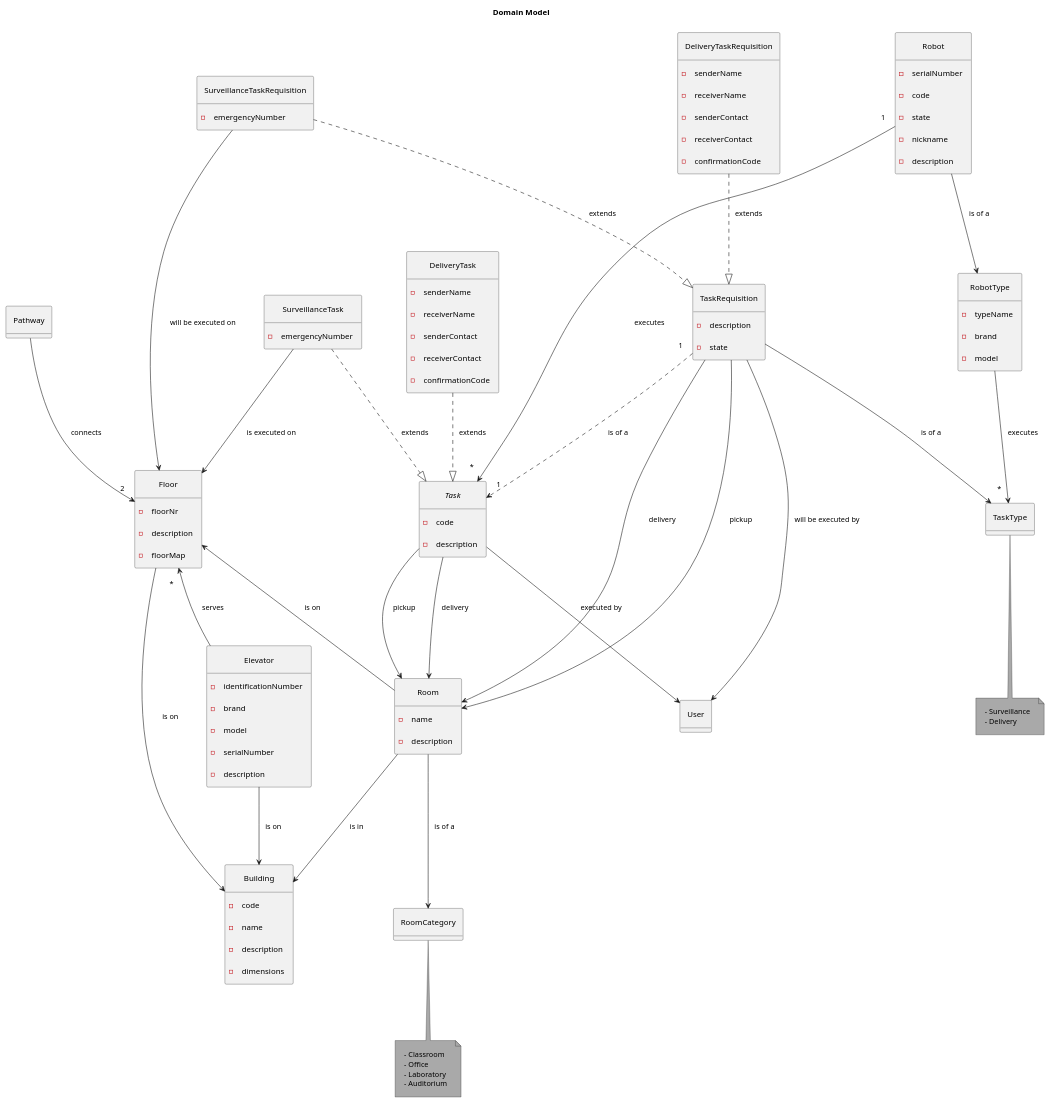
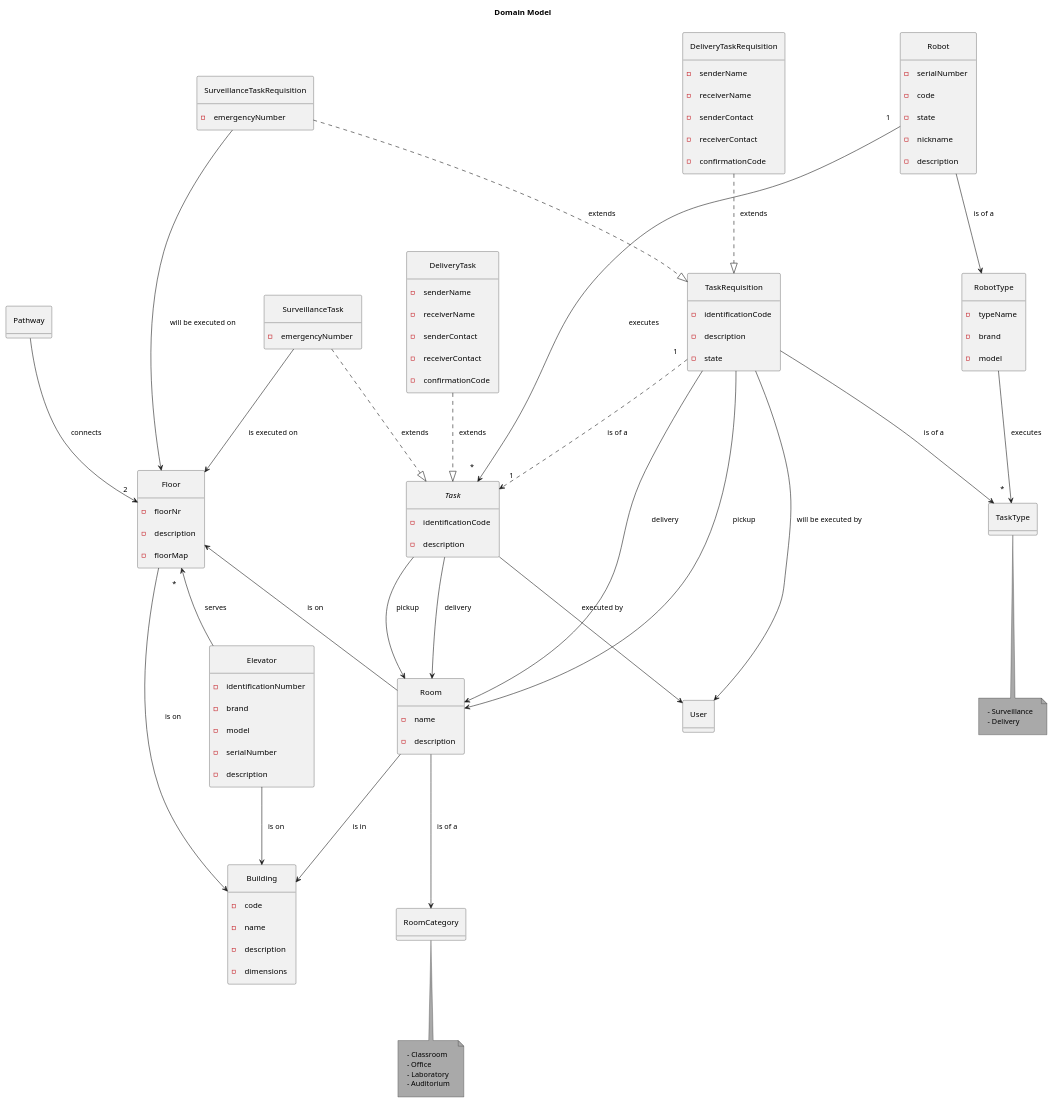
One commit to rpeir/LAPR5 changed the diagram in wiki/diagramas/domainModel/domainModel.puml. Above: the diagram before and after it, drawn with PlantUML. The commit also changed 26 other files, not shown here.

Commit message:
#FRG-147 Added IdentificationCode and CreatedAt atributes on TaskRequest

```diff
--- a/wiki/diagramas/domainModel/domainModel.puml
+++ b/wiki/diagramas/domainModel/domainModel.puml
@@ -1,156 +1,157 @@
 @startuml Domain Model
 
 title "Domain Model"
 ' left to right direction
 ' top to bottom direction
 skinparam Padding 10
 skinparam Nodesep 80
 skinparam ranksep 100
 skinparam groupInheritance 1
 ' skinparam linetype ortho
 skinparam separation 1000
 skinparam NoteBackgroundColor #A9A9A9
 skinparam PackageStyle rectangle
 skinparam package {
     BackgroundColor #D3D3D3
     FontStyle bold
 }
 
 hide circle
 hide methods
 
     entity Robot {
         -serialNumber
         -code
         -state
         -nickname
         -description
     }
 
     entity RobotType {
         - typeName
         - brand
         - model
     }
 
     enum TaskType {}
     note bottom of TaskType {
             - Surveillance
             - Delivery
     }
 
     interface Task {
-        - code
+        - identificationCode
         - description
 
     }
 
     entity SurveillanceTask {
         - emergencyNumber
     }
 
     entity DeliveryTask {
         - senderName
         - receiverName
         - senderContact
         - receiverContact
         - confirmationCode
     }
 
     entity Building {
         - code
         - name
         - description
         - dimensions
     }
 
     entity Floor {
         - floorNr
         - description
         - floorMap
     }
 
     entity Elevator {
         - identificationNumber
         - brand
         - model
         - serialNumber
         - description
     }
 
     entity Room {
         - name
         - description
     }
 
     enum RoomCategory {}
 
     note bottom of RoomCategory {
             - Classroom
             - Office
             - Laboratory
             - Auditorium
     }
 
     entity Pathway {
     }
 
         entity TaskRequisition {
+            - identificationCode
             - description
             - state
         }
 
         entity SurveillanceTaskRequisition {
             - emergencyNumber
         }
 
         entity DeliveryTaskRequisition {
             - senderName
             - receiverName
             - senderContact
             - receiverContact
             - confirmationCode
         }
 
 
 
 SurveillanceTask ..|> Task: extends
 DeliveryTask ..|> Task: extends
 
 SurveillanceTaskRequisition ..|> TaskRequisition : extends
 DeliveryTaskRequisition ..|> TaskRequisition : extends
 
 Room --> RoomCategory: is of a
 Room --> Building : is in
 
 RobotType --> "*" TaskType: executes
 
 Floor --> Building: is on
 Floor "*" <-- Elevator : serves
 Floor <-- Room: is on
 
 Elevator --> Building: is on
 
 TaskRequisition --> Room: delivery
 TaskRequisition --> Room: pickup
 
 Task --> Room: delivery
 Task --> Room: pickup
 
 SurveillanceTask -> Floor: is executed on
 SurveillanceTaskRequisition -> Floor: will be executed on
 
 Task --> User : executed by
 
 Pathway --> "2" Floor: connects
 
 Robot --> RobotType : is of a
 
 TaskRequisition --> TaskType : is of a
 TaskRequisition --> User : will be executed by
 
 Robot "1" --> "*" Task : executes
 
 TaskRequisition "1" ..> "1" Task : is of a
 
 @enduml
```
